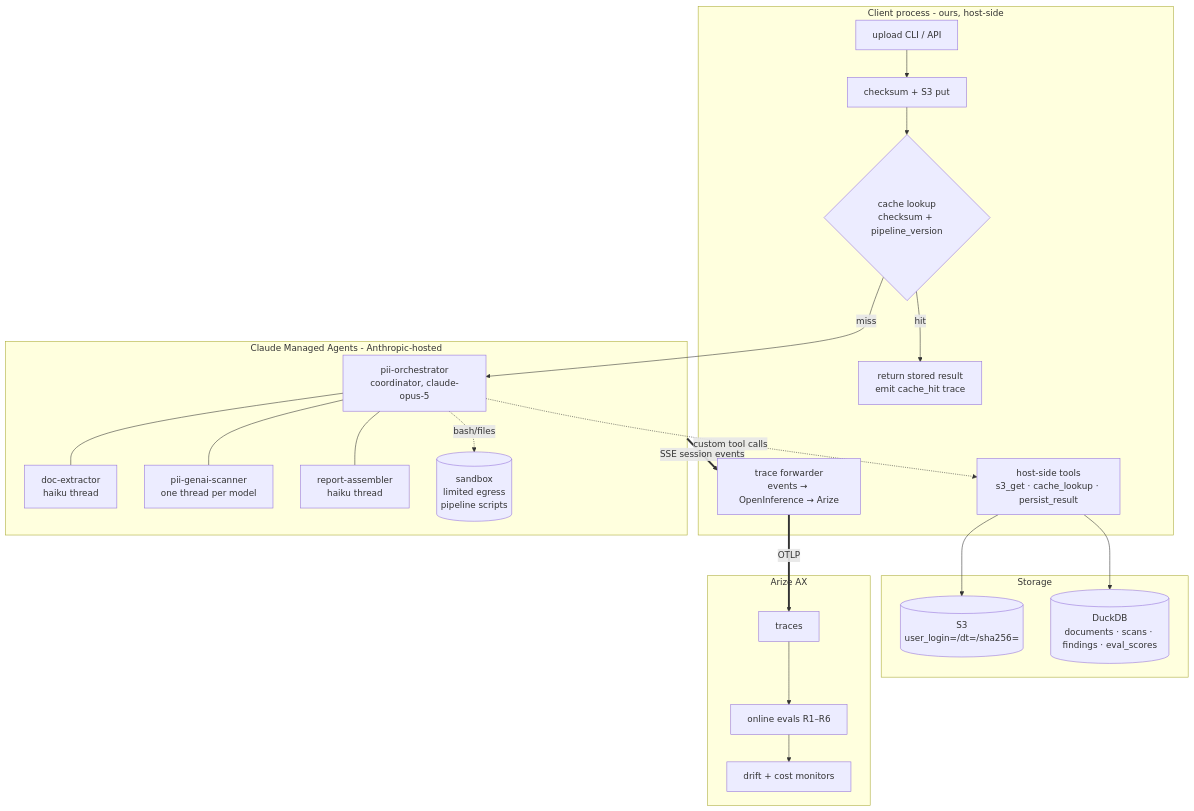
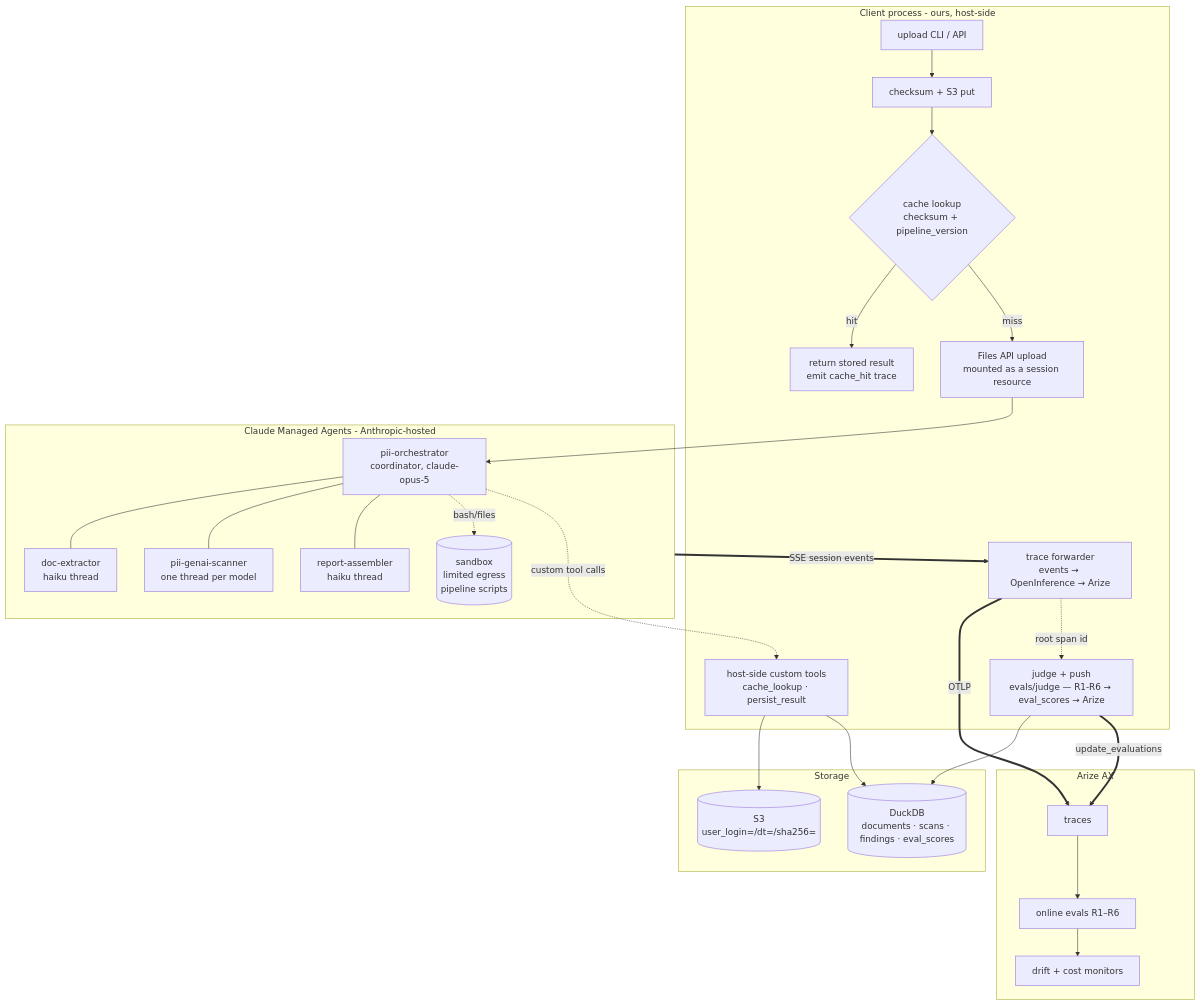
Before and after one commit to senthilsweb/agent-pii-discovery: the first of 2 diagrams in docs/architecture.md, drawn with Mermaid. The commit also changed other lines of this file and 10 other files, not shown here.

````diff
--- a/docs/architecture.md
+++ b/docs/architecture.md
@@ -8,30 +8,35 @@
 ```mermaid
 flowchart TB
     subgraph client [Client process - ours, host-side]
         CLI[upload CLI / API] --> CK[checksum + S3 put]
         CK --> CACHE{cache lookup<br/>checksum + pipeline_version}
         CACHE -- hit --> RES[return stored result<br/>emit cache_hit trace]
         FWD[trace forwarder<br/>events → OpenInference → Arize]
-        TOOLS[host-side tools<br/>s3_get · cache_lookup · persist_result]
+        JUDGE[judge + push<br/>evals/judge — R1-R6 → eval_scores → Arize]
+        TOOLS[host-side custom tools<br/>cache_lookup · persist_result]
+        UP[Files API upload<br/>mounted as a session resource]
     end
     subgraph cma [Claude Managed Agents - Anthropic-hosted]
         ORCH[pii-orchestrator<br/>coordinator, claude-opus-5]
         EXT[doc-extractor<br/>haiku thread]
         SCAN[pii-genai-scanner<br/>one thread per model]
         REP[report-assembler<br/>haiku thread]
         SBX[(sandbox<br/>limited egress<br/>pipeline scripts)]
     end
     subgraph stores [Storage]
         S3[(S3<br/>user_login=/dt=/sha256=)]
         DB[(DuckDB<br/>documents · scans · findings · eval_scores)]
     end
     subgraph arize [Arize AX]
         TR[traces] --> OE[online evals R1–R6] --> MON[drift + cost monitors]
     end
-    CACHE -- miss --> ORCH
+    CACHE -- miss --> UP --> ORCH
     ORCH --- EXT & SCAN & REP
     ORCH -.bash/files.-> SBX
     ORCH -.custom tool calls.-> TOOLS
     TOOLS --> S3 & DB
     cma ==SSE session events==> FWD ==OTLP==> TR
+    FWD -.root span id.-> JUDGE
+    JUDGE --> DB
+    JUDGE ==update_evaluations==> TR
 ```
````
